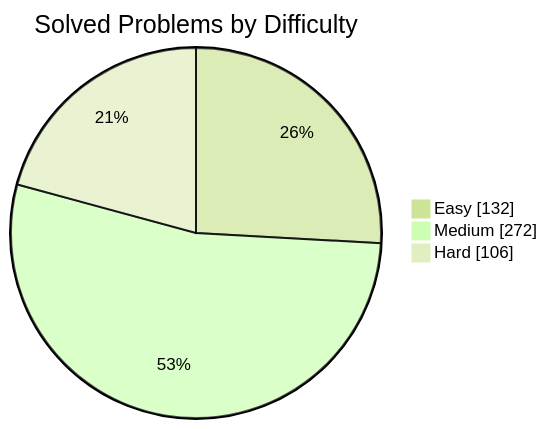
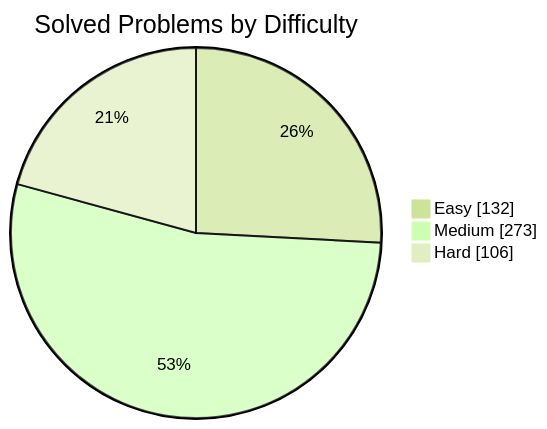
The first of 2 diagrams in README.md (manikantbindass/DSA-Preparation-FAANG), drawn with Mermaid (forest theme) before and after one commit. The commit also changed other lines of this file and 1 other file, not shown here.

````diff
--- a/README.md
+++ b/README.md
@@ -79,7 +79,7 @@
 ```mermaid
 pie showData
     title Solved Problems by Difficulty
     "Easy" : 132
-    "Medium" : 272
+    "Medium" : 273
     "Hard" : 106
 ```
````
